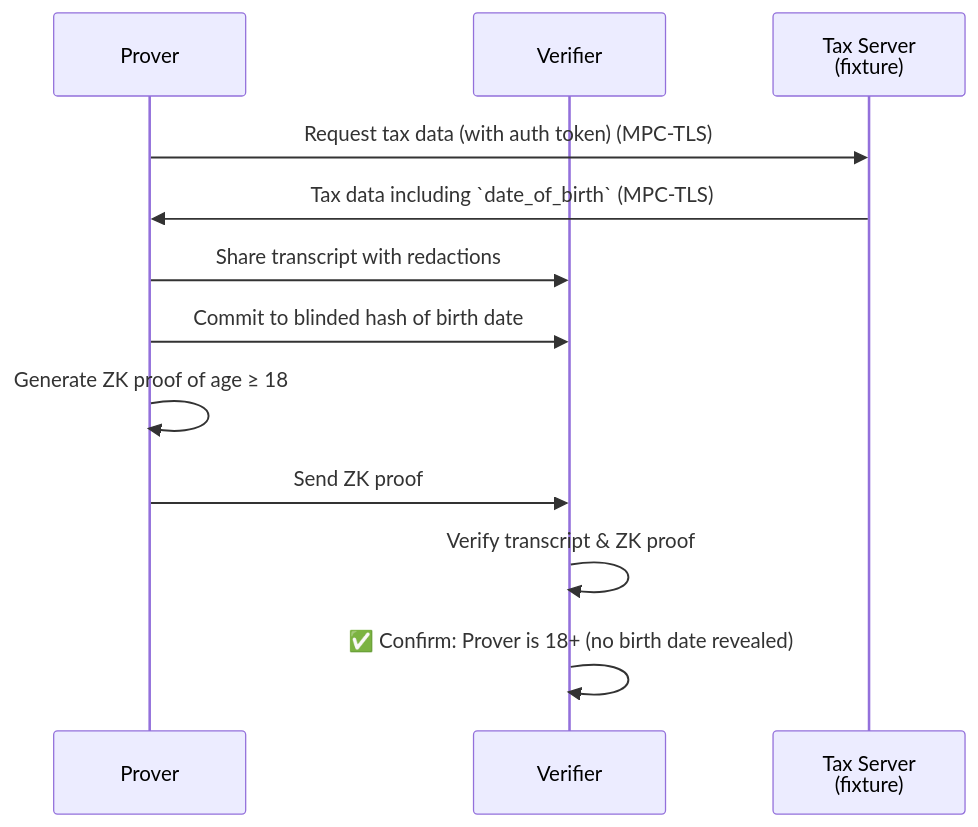
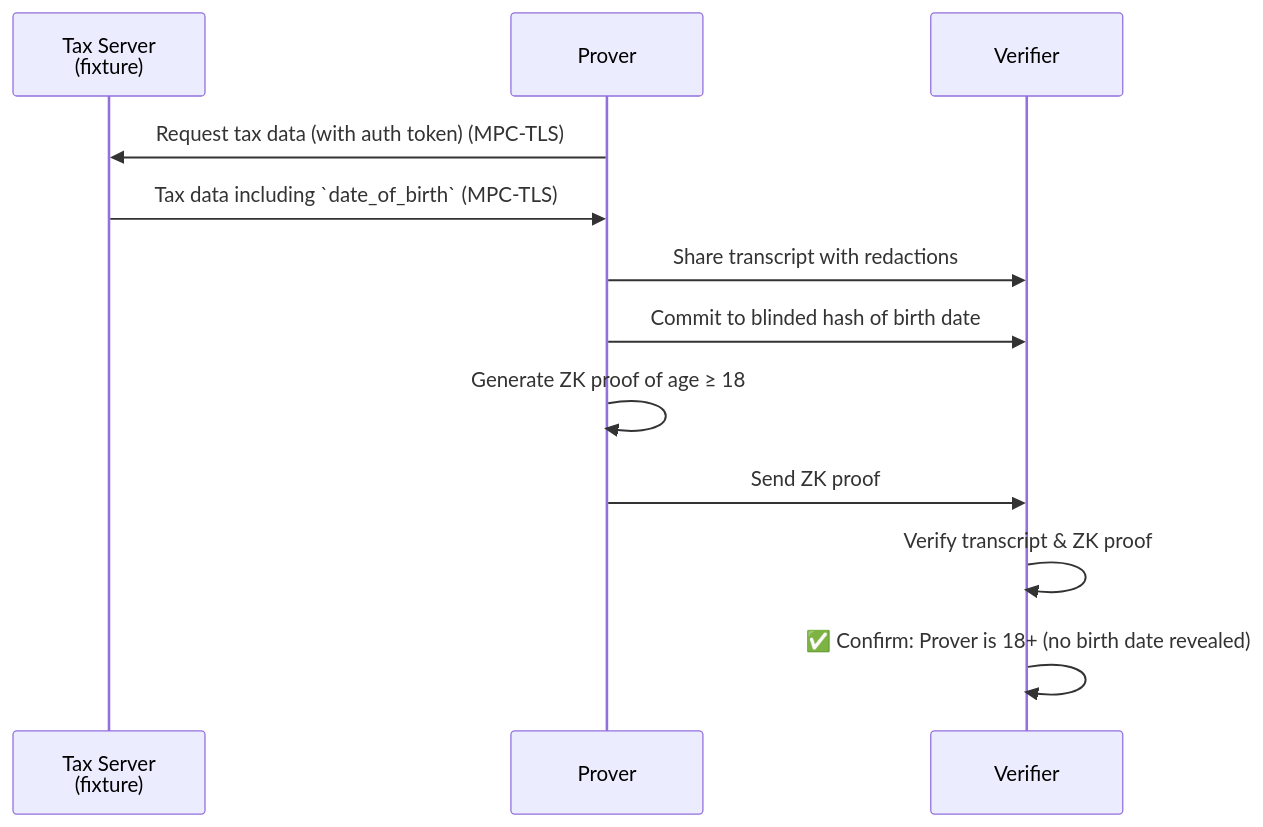
The diagram in crates/examples/interactive_zk/README.md (tlsnotary/tlsn), drawn with Mermaid before and after one commit. The commit also changed other lines of this file and 5 other files, not shown here.

````diff
--- a/crates/examples/interactive_zk/README.md
+++ b/crates/examples/interactive_zk/README.md
@@ -7,15 +7,15 @@
 ```mermaid
 sequenceDiagram
+    participant S as Tax Server<br/>(fixture)
     participant P as Prover
     participant V as Verifier
-    participant S as Tax Server<br/>(fixture)
 
     P->>S: Request tax data (with auth token) (MPC-TLS)
     S->>P: Tax data including `date_of_birth` (MPC-TLS)
     P->>V: Share transcript with redactions
     P->>V: Commit to blinded hash of birth date
     P->>P: Generate ZK proof of age ≥ 18
     P->>V: Send ZK proof
     V->>V: Verify transcript & ZK proof
     V->>V: ✅ Confirm: Prover is 18+ (no birth date revealed)
 ```
````
